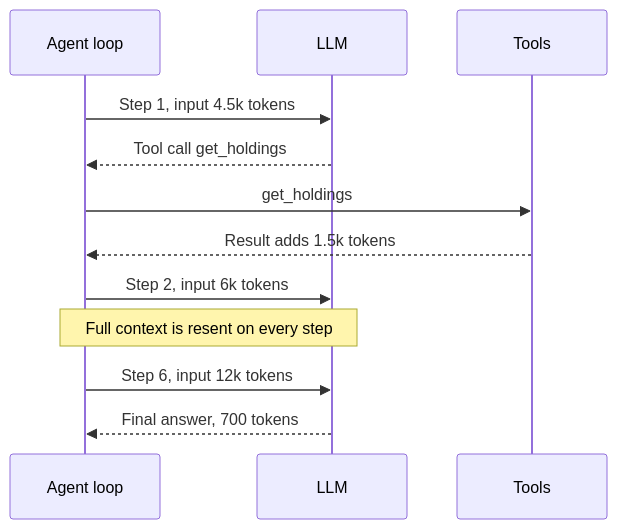
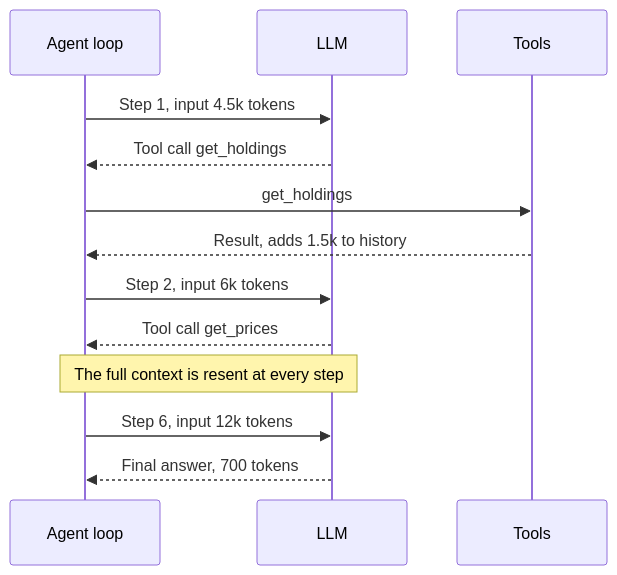
The second of 7 diagrams in content-en/11-agentic/11-cost-latency.md (flow6979/viewinter), drawn with Mermaid before and after one commit. The commit also changed other lines of this file and 26 other files, not shown here.

First line of the commit message:
Agentic AI: rewrite all 13 pages to explain from scratch; animate diagrams on every article

````diff
--- a/content-en/11-agentic/11-cost-latency.md
+++ b/content-en/11-agentic/11-cost-latency.md
@@ -45,14 +77,15 @@
 ```mermaid
 sequenceDiagram
     participant A as Agent loop
     participant L as LLM
     participant T as Tools
     A->>L: Step 1, input 4.5k tokens
     L-->>A: Tool call get_holdings
     A->>T: get_holdings
-    T-->>A: Result adds 1.5k tokens
+    T-->>A: Result, adds 1.5k to history
     A->>L: Step 2, input 6k tokens
-    Note over A,L: Full context is resent on every step
+    L-->>A: Tool call get_prices
+    Note over A,L: The full context is resent at every step
     A->>L: Step 6, input 12k tokens
     L-->>A: Final answer, 700 tokens
 ```
````
